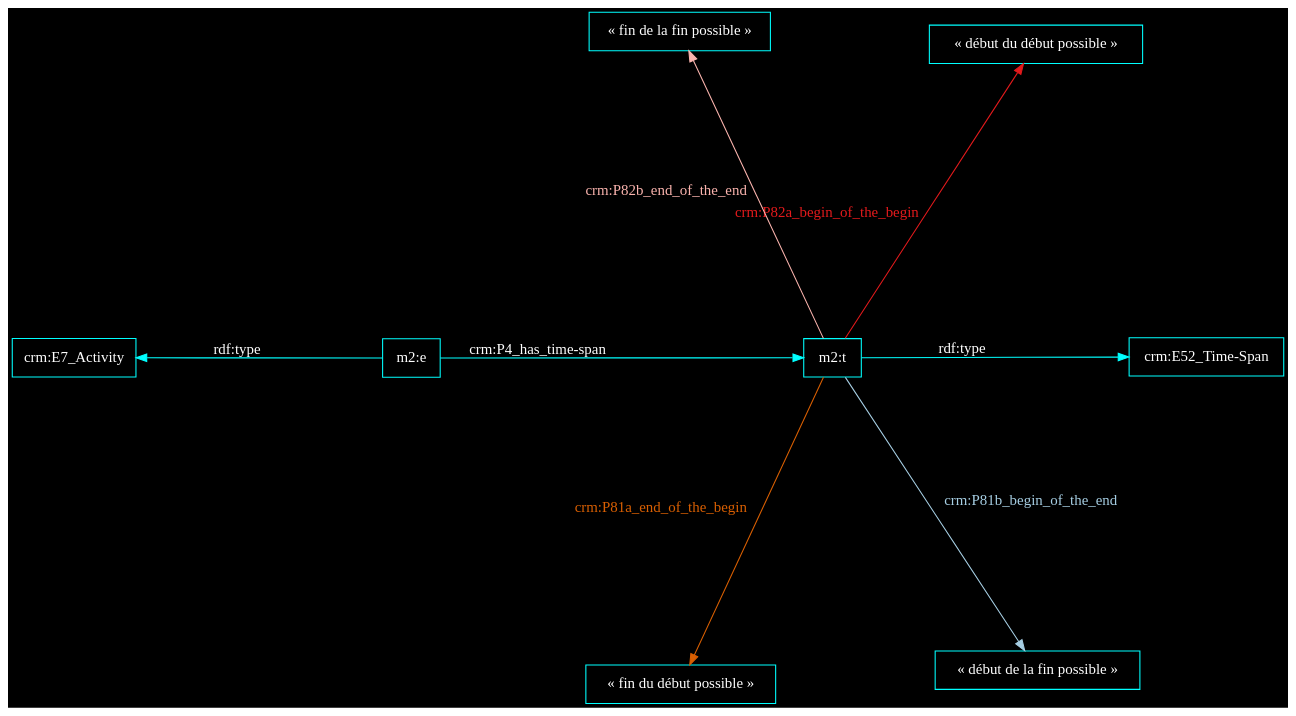
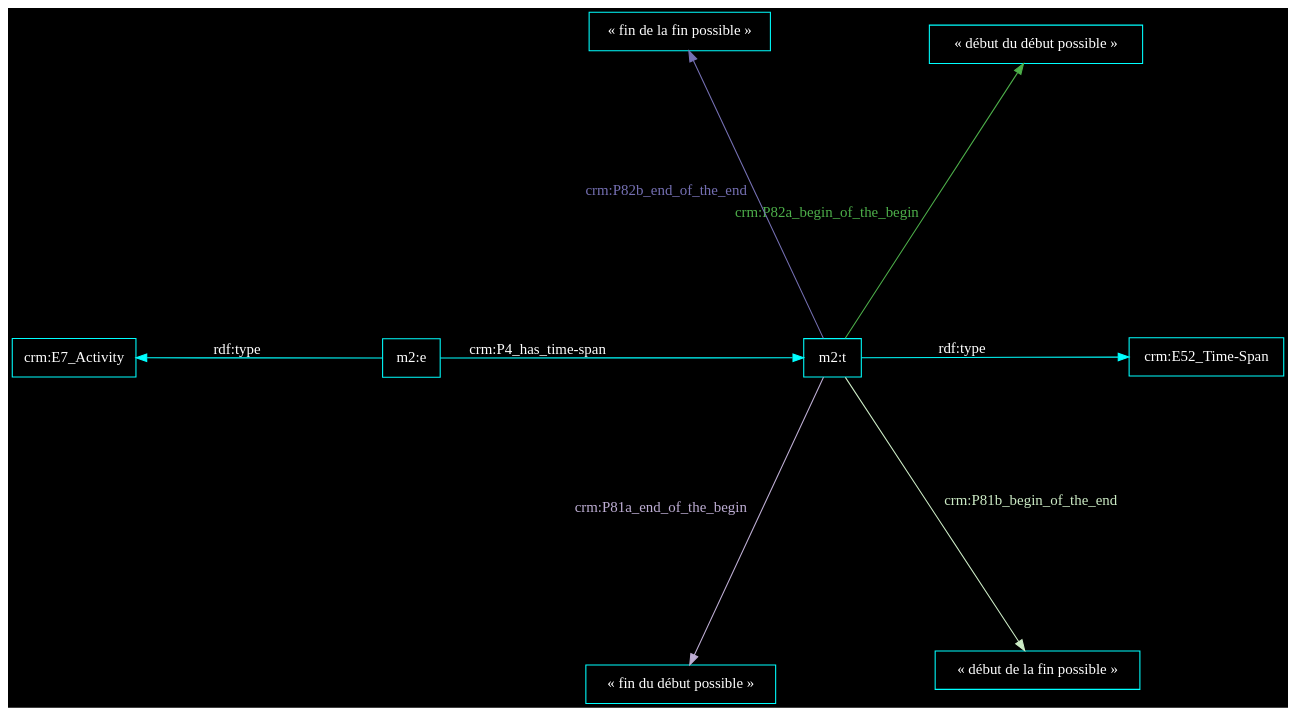
Before and after one commit to Amleth/communications: the diagram in out/2023.07.04_cm2-gt2/dotfile_58d222c0-1d75-4048-9eba-436938714889.dot, drawn with Graphviz. The commit also changed 12 other files, not shown here.

```diff
--- a/out/2023.07.04_cm2-gt2/dotfile_58d222c0-1d75-4048-9eba-436938714889.dot
+++ b/out/2023.07.04_cm2-gt2/dotfile_58d222c0-1d75-4048-9eba-436938714889.dot
@@ -1,18 +1,18 @@
 digraph {
     graph [bgcolor=black]
     rankdir=LR
     node [color=white,fontcolor=white,fontname="FiraCode Nerd Font Mono Regular",shape=box]
     edge [color=white,fontcolor=white,fontname="FiraCode Nerd Font Mono Regular"]
     
 
     layout=sfdp
 node [color=cyan,fontcolor=white]
 edge [color=cyan,fontcolor=white]
 "m2:t" -> "crm:E52_Time-Span" [label="rdf:type"]
-"m2:t" -> "« début du début possible »" [label="crm:P82a_begin_of_the_begin",color="#e31a1c",fontcolor="#e31a1c"]
-"m2:t" -> "« fin du début possible »" [label="crm:P81a_end_of_the_begin",color="#d95f02",fontcolor="#d95f02"]
-"m2:t" -> "« début de la fin possible »" [label="crm:P81b_begin_of_the_end",color="#a6cee3",fontcolor="#a6cee3"]
-"m2:t" -> "« fin de la fin possible »" [label="crm:P82b_end_of_the_end",color="#fbb4ae",fontcolor="#fbb4ae"]
+"m2:t" -> "« début du début possible »" [label="crm:P82a_begin_of_the_begin",color="#4daf4a",fontcolor="#4daf4a"]
+"m2:t" -> "« fin du début possible »" [label="crm:P81a_end_of_the_begin",color="#beaed4",fontcolor="#beaed4"]
+"m2:t" -> "« début de la fin possible »" [label="crm:P81b_begin_of_the_end",color="#ccebc5",fontcolor="#ccebc5"]
+"m2:t" -> "« fin de la fin possible »" [label="crm:P82b_end_of_the_end",color="#7570b3",fontcolor="#7570b3"]
 "m2:e" -> "m2:t" [label="crm:P4_has_time-span"]
 "m2:e" -> "crm:E7_Activity" [label="rdf:type"]
 }
```
